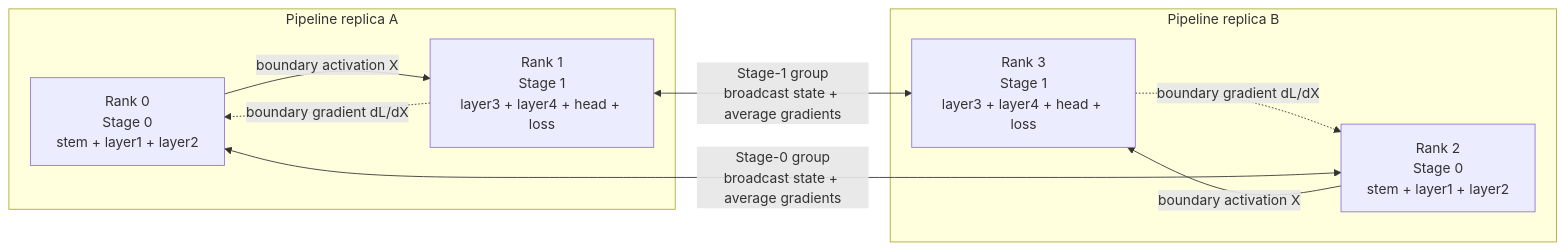
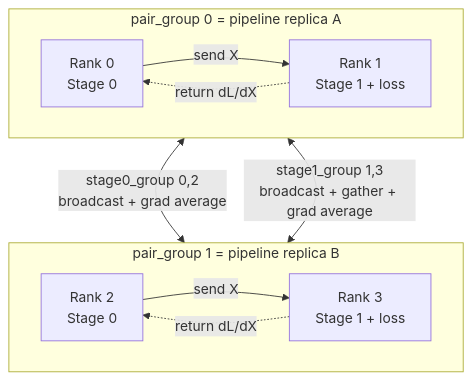
The first of 2 diagrams in Distributed_DL/6_torch_dist_capstone_project/README.md (dimberr/OU-22971-Toolbox), drawn with Mermaid before and after one commit. The commit also changed other lines of this file, not shown here.

Commit message:
OU-22971 - Clarify pipeline vs stage replica diagram

````diff
--- a/Distributed_DL/6_torch_dist_capstone_project/README.md
+++ b/Distributed_DL/6_torch_dist_capstone_project/README.md
@@ -24,19 +35,21 @@
 ```mermaid
-flowchart LR
-    subgraph A["Pipeline replica A"]
-        R0["Rank 0<br/>Stage 0<br/>stem + layer1 + layer2"]
-        R1["Rank 1<br/>Stage 1<br/>layer3 + layer4 + head + loss"]
-        R0 -->|"boundary activation X"| R1
-        R1 -.->|"boundary gradient dL/dX"| R0
+flowchart TB
+    subgraph Pair0["pair_group 0 = pipeline replica A"]
+        direction LR
+        R0["Rank 0<br/>Stage 0"]
+        R1["Rank 1<br/>Stage 1 + loss"]
+        R0 -->|"send X"| R1
+        R1 -.->|"return dL/dX"| R0
     end
 
-    subgraph B["Pipeline replica B"]
-        R2["Rank 2<br/>Stage 0<br/>stem + layer1 + layer2"]
-        R3["Rank 3<br/>Stage 1<br/>layer3 + layer4 + head + loss"]
-        R2 -->|"boundary activation X"| R3
-        R3 -.->|"boundary gradient dL/dX"| R2
+    subgraph Pair1["pair_group 1 = pipeline replica B"]
+        direction LR
+        R2["Rank 2<br/>Stage 0"]
+        R3["Rank 3<br/>Stage 1 + loss"]
+        R2 -->|"send X"| R3
+        R3 -.->|"return dL/dX"| R2
     end
 
-    R0 <-->|"Stage-0 group<br/>broadcast state + average gradients"| R2
-    R1 <-->|"Stage-1 group<br/>broadcast state + average gradients"| R3
+    R0 <-->|"stage0_group 0,2<br/>broadcast + grad average"| R2
+    R1 <-->|"stage1_group 1,3<br/>broadcast + gather + grad average"| R3
 ```
````
